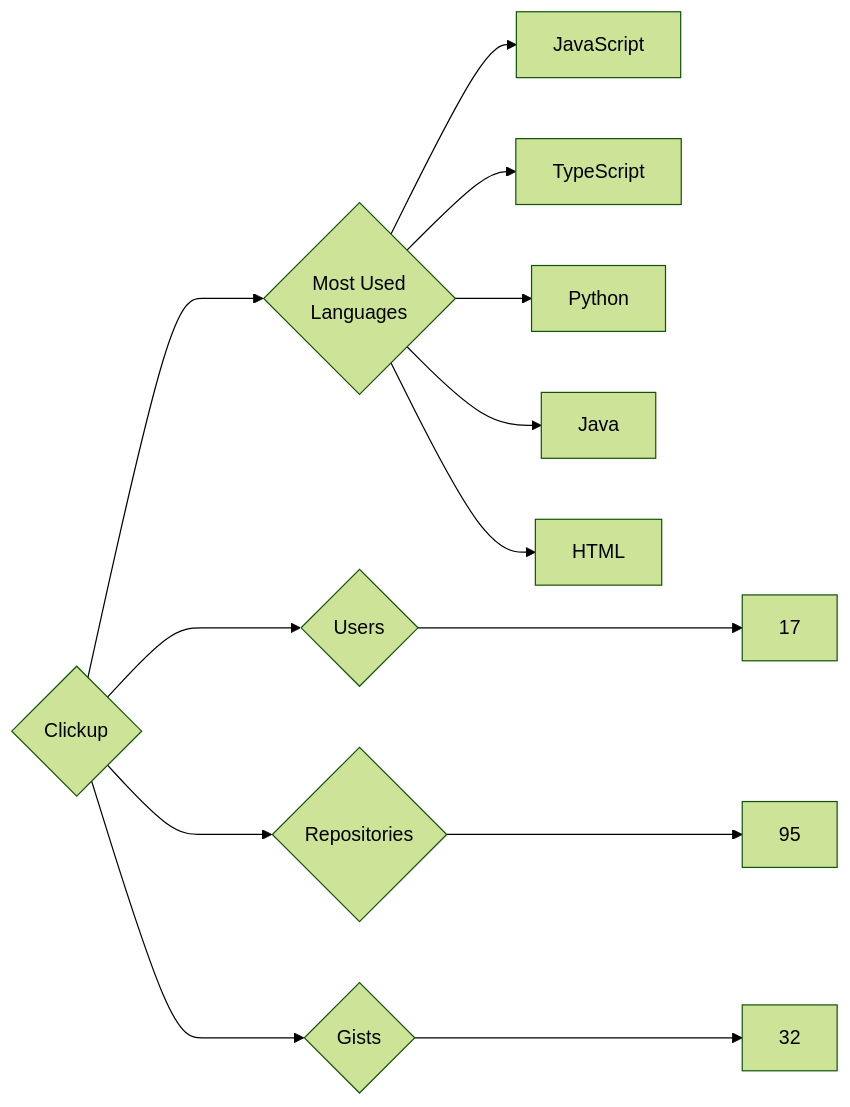
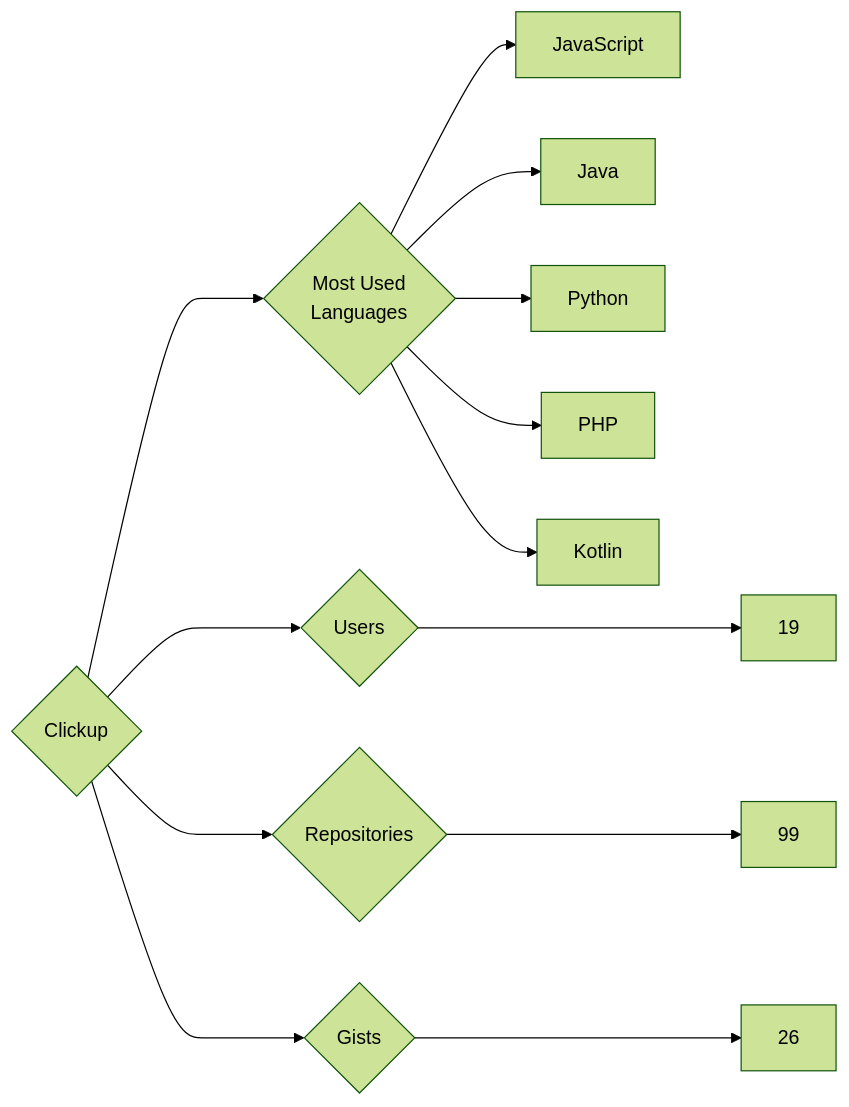
One commit to trickest/insiders changed the diagram in targets/Clickup/README.md. Above: the diagram before and after it, drawn with Mermaid (forest theme). The commit also changed 629 other files, not shown here.

````diff
--- a/targets/Clickup/README.md
+++ b/targets/Clickup/README.md
@@ -3,13 +3,13 @@
 ```mermaid
 graph LR
 COMPANY_NAME{Clickup}
-COMPANY_NAME ---> U{Users} ---> UN[17]
-COMPANY_NAME ---> R{Repositories} ---> RN[95]
-COMPANY_NAME ---> G{Gists} ---> GN[32]
+COMPANY_NAME ---> U{Users} ---> UN[19]
+COMPANY_NAME ---> R{Repositories} ---> RN[99]
+COMPANY_NAME ---> G{Gists} ---> GN[26]
 COMPANY_NAME ---> ML{Most Used<br>Languages}
 ML --> JavaScript[JavaScript]
-ML --> TypeScript[TypeScript]
+ML --> Java[Java]
 ML --> Python[Python]
-ML --> Java[Java]
-ML --> HTML[HTML]
+ML --> PHP[PHP]
+ML --> Kotlin[Kotlin]
 ```
````
